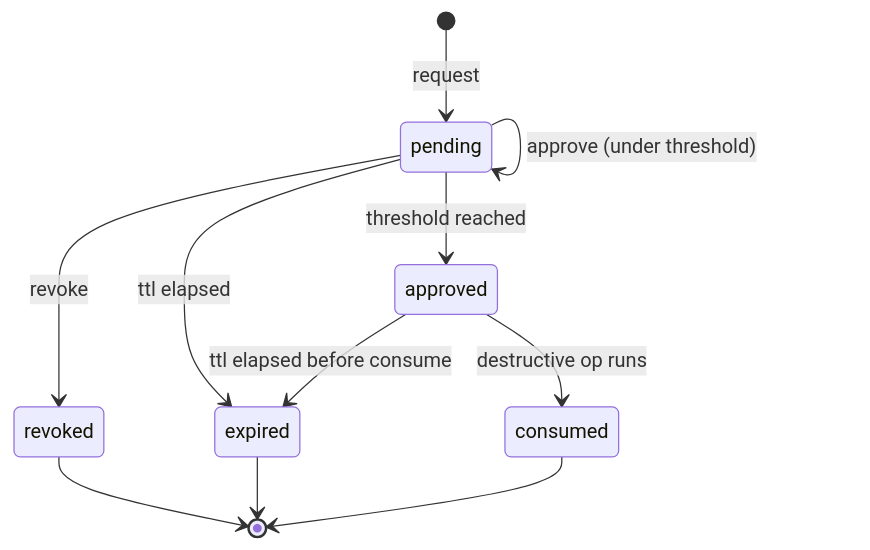
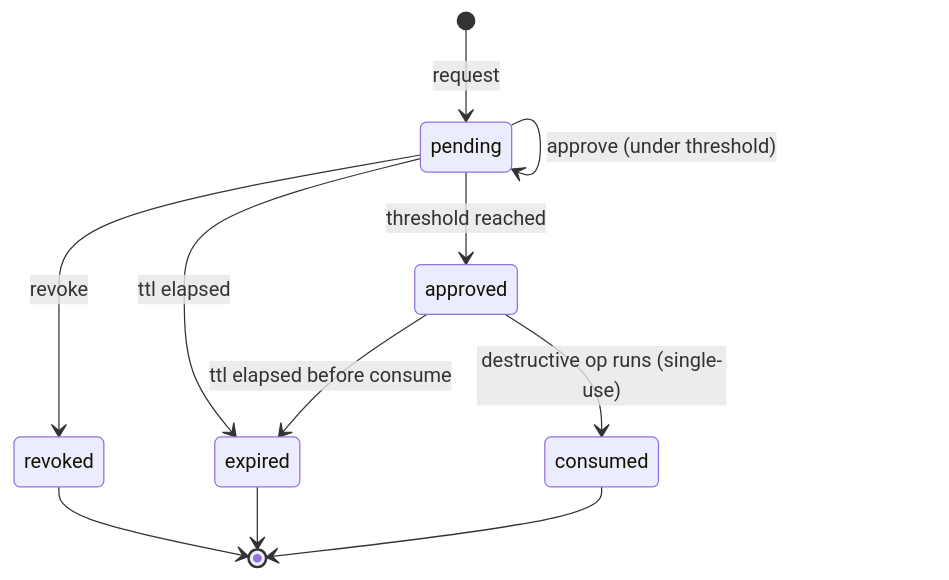
Before and after one commit to cybertec-postgresql/pg_hardstorage: the diagram in docs/how-to/operating/n-of-m-approvals.md, drawn with Mermaid. The commit also changed other lines of this file and 9 other files, not shown here.

````diff
--- a/docs/how-to/operating/n-of-m-approvals.md
+++ b/docs/how-to/operating/n-of-m-approvals.md
@@ -183,13 +216,13 @@
 ```mermaid
 stateDiagram-v2
     [*] --> pending: request
     pending --> pending: approve (under threshold)
     pending --> approved: threshold reached
     pending --> revoked: revoke
     pending --> expired: ttl elapsed
-    approved --> consumed: destructive op runs
+    approved --> consumed: destructive op runs (single-use)
     approved --> expired: ttl elapsed before consume
     revoked --> [*]
     expired --> [*]
     consumed --> [*]
 ```
````
